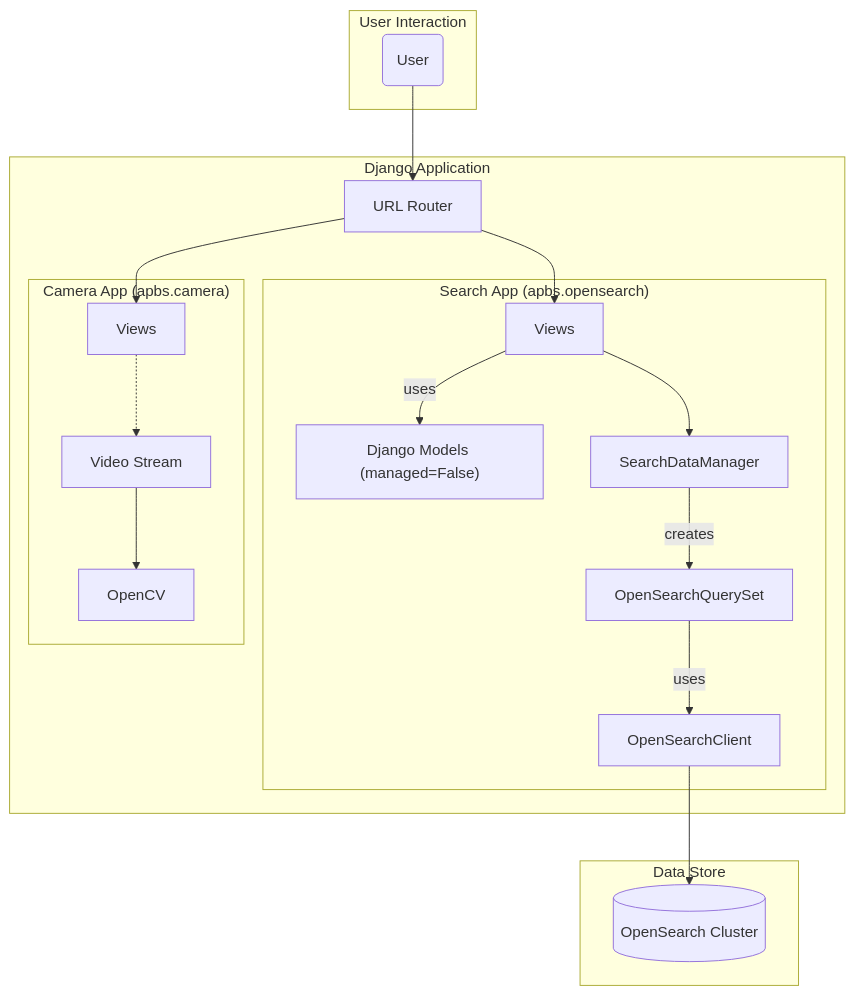
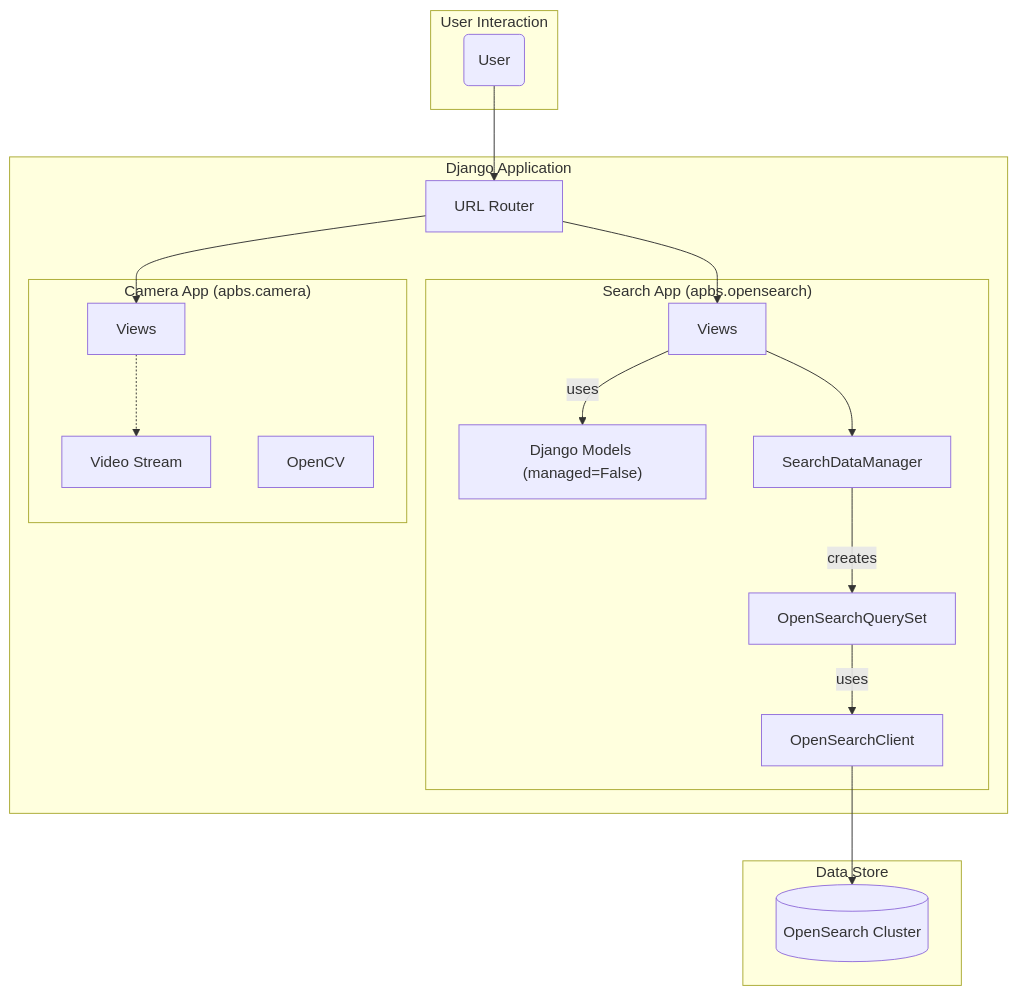
One commit to kerstinli/apws-web changed the diagram in README.md. Above: the diagram before and after it, drawn with Mermaid.

````diff
--- a/README.md
+++ b/README.md
@@ -24,42 +24,41 @@
 ```mermaid
 graph TD
     subgraph "User Interaction"
         user("User")
     end
 
     subgraph "Django Application"
         router["URL Router"]
 
         subgraph "Search App (apbs.opensearch)"
             opensearch_views["Views"]
             models["Django Models (managed=False)"]
             manager["SearchDataManager"]
             queryset["OpenSearchQuerySet"]
             client["OpenSearchClient"]
         end
 
         subgraph "Camera App (apbs.camera)"
             camera_views["Views"]
             video_stream["Video Stream"]
             opencv["OpenCV"]
         end
     end
 
     subgraph "Data Store"
         opensearch_cluster[(OpenSearch Cluster)]
     end
 
     user --> router
 
     router --> opensearch_views
     router --> camera_views
 
     opensearch_views --> manager
     opensearch_views -- uses --> models
     manager -- creates --> queryset
     queryset -- uses --> client
     client --> opensearch_cluster
 
     camera_views -.-> video_stream
-    video_stream --> opencv
 ```
````
